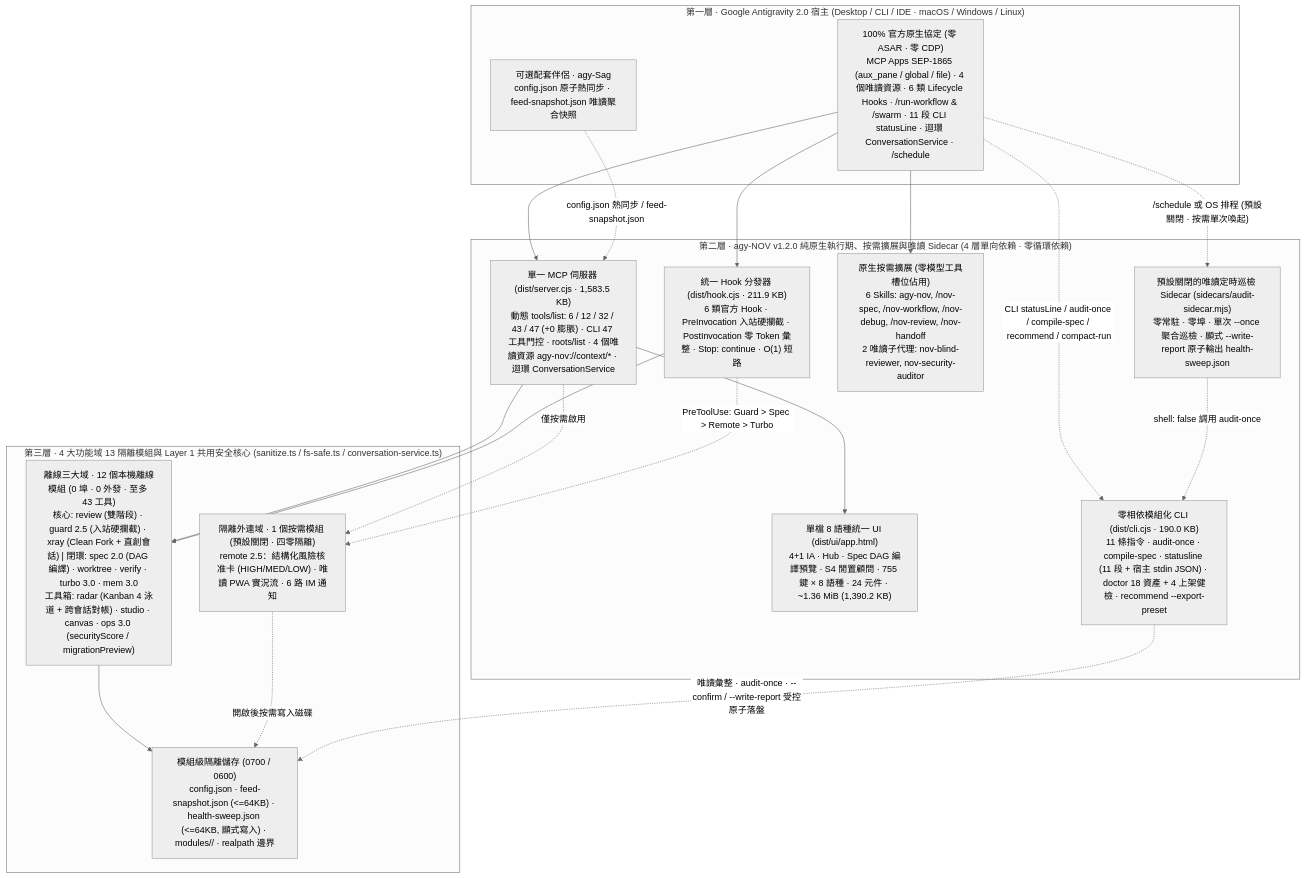
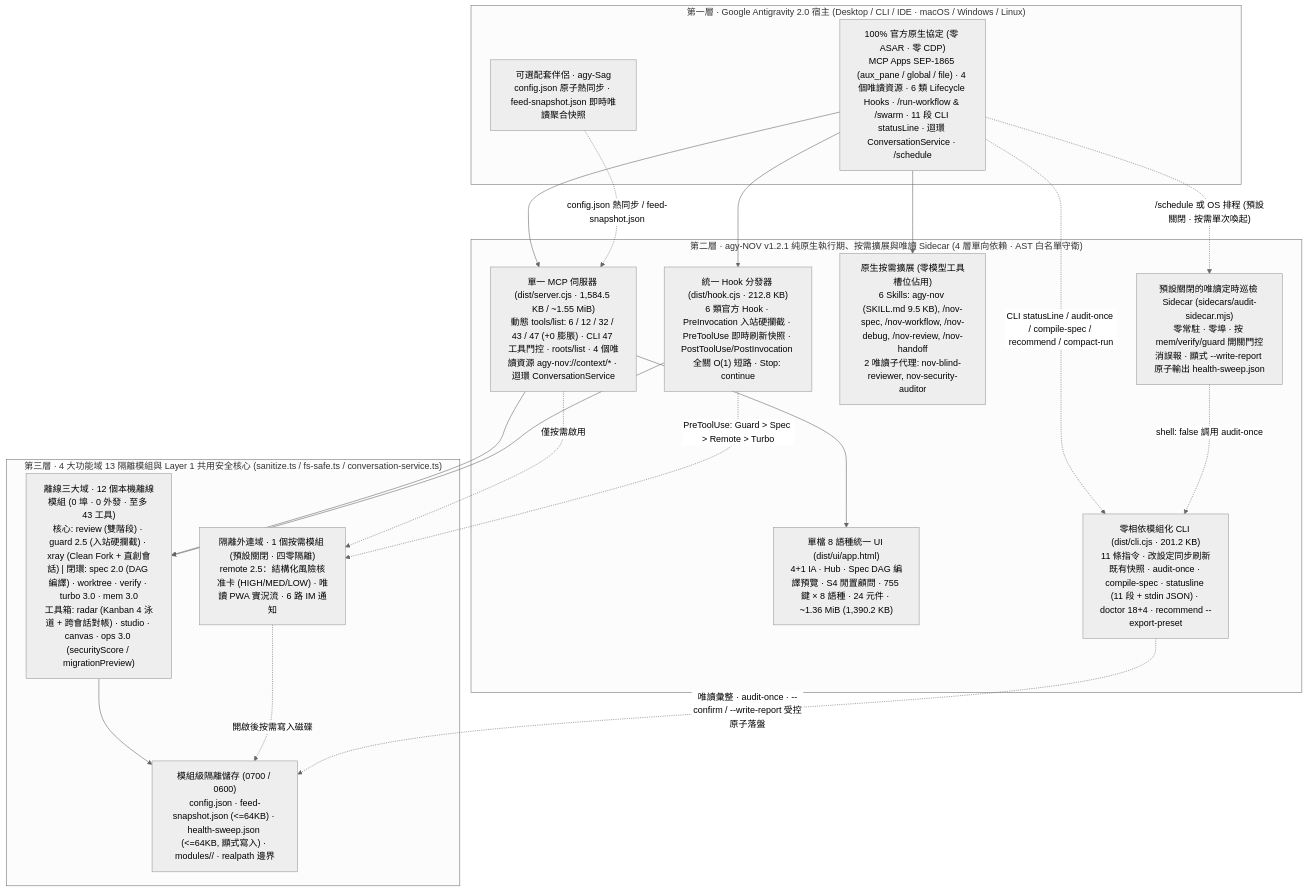
Before and after one commit to tone-leh/agy-NOV: the diagram in docs/i18n/README.zh-TW.md, drawn with Mermaid (neutral theme). The commit also changed other lines of this file and 34 other files, not shown here.

Commit message:
fix(v1.2.1): dual-star feed consistency, disabled-module write gates, sidecar toggles & SKILL slimming

````diff
--- a/docs/i18n/README.zh-TW.md
+++ b/docs/i18n/README.zh-TW.md
@@ -260,38 +268,38 @@
 ```mermaid
 flowchart TB
   subgraph L1["第一層 · Google Antigravity 2.0 宿主 (Desktop / CLI / IDE · macOS / Windows / Linux)"]
     Host["100% 官方原生協定 (零 ASAR · 零 CDP)\nMCP Apps SEP-1865 (aux_pane / global / file) · 4 個唯讀資源 · 6 類 Lifecycle Hooks · /run-workflow & /swarm · 11 段 CLI statusLine · 迴環 ConversationService · /schedule"]
-    Sag["可選配套伴侶 · agy-Sag\nconfig.json 原子熱同步 · feed-snapshot.json 唯讀聚合快照"]
+    Sag["可選配套伴侶 · agy-Sag\nconfig.json 原子熱同步 · feed-snapshot.json 即時唯讀聚合快照"]
   end
 
-  subgraph L2["第二層 · agy-NOV v1.2.0 純原生執行期、按需擴展與唯讀 Sidecar (4 層單向依賴 · 零循環依賴)"]
-    MCP["單一 MCP 伺服器 (dist/server.cjs · 1,583.5 KB)\n動態 tools/list: 6 / 12 / 32 / 43 / 47 (+0 膨脹) · CLI 47 工具門控 · roots/list · 4 個唯讀資源 agy-nov://context/* · 迴環 ConversationService"]
-    Hook["統一 Hook 分發器 (dist/hook.cjs · 211.9 KB)\n6 類官方 Hook · PreInvocation 入站硬攔截 · PostInvocation 零 Token 彙整 · Stop: continue · O(1) 短路"]
+  subgraph L2["第二層 · agy-NOV v1.2.1 純原生執行期、按需擴展與唯讀 Sidecar (4 層單向依賴 · AST 白名單守衛)"]
+    MCP["單一 MCP 伺服器 (dist/server.cjs · 1,584.5 KB / ~1.55 MiB)\n動態 tools/list: 6 / 12 / 32 / 43 / 47 (+0 膨脹) · CLI 47 工具門控 · roots/list · 4 個唯讀資源 agy-nov://context/* · 迴環 ConversationService"]
+    Hook["統一 Hook 分發器 (dist/hook.cjs · 212.8 KB)\n6 類官方 Hook · PreInvocation 入站硬攔截 · PreToolUse 即時刷新快照 · PostToolUse/PostInvocation 全關 O(1) 短路 · Stop: continue"]
     UI["單檔 8 語種統一 UI (dist/ui/app.html)\n4+1 IA · Hub · Spec DAG 編譯預覽 · S4 閒置顧問 · 755 鍵 × 8 語種 · 24 元件 · ~1.36 MiB (1,390.2 KB)"]
-    Ext["原生按需擴展 (零模型工具槽位佔用)\n6 Skills: agy-nov, /nov-spec, /nov-workflow, /nov-debug, /nov-review, /nov-handoff\n2 唯讀子代理: nov-blind-reviewer, nov-security-auditor"]
-    CLI["零相依模組化 CLI (dist/cli.cjs · 190.0 KB)\n11 條指令 · audit-once · compile-spec · statusline (11 段 + 宿主 stdin JSON) · doctor 18 資產 + 4 上架健檢 · recommend --export-preset"]
-    Sidecar["預設關閉的唯讀定時巡檢 Sidecar (sidecars/audit-sidecar.mjs)\n零常駐 · 零埠 · 單次 --once 聚合巡檢 · 顯式 --write-report 原子輸出 health-sweep.json"]
+    Ext["原生按需擴展 (零模型工具槽位佔用)\n6 Skills: agy-nov (SKILL.md 9.5 KB), /nov-spec, /nov-workflow, /nov-debug, /nov-review, /nov-handoff\n2 唯讀子代理: nov-blind-reviewer, nov-security-auditor"]
+    CLI["零相依模組化 CLI (dist/cli.cjs · 201.2 KB)\n11 條指令 · 改設定同步刷新既有快照 · audit-once · compile-spec · statusline (11 段 + stdin JSON) · doctor 18+4 · recommend --export-preset"]
+    Sidecar["預設關閉的唯讀定時巡檢 Sidecar (sidecars/audit-sidecar.mjs)\n零常駐 · 零埠 · 按 mem/verify/guard 開關門控消誤報 · 顯式 --write-report 原子輸出 health-sweep.json"]
   end
 
   subgraph L3["第三層 · 4 大功能域 13 隔離模組與 Layer 1 共用安全核心 (sanitize.ts / fs-safe.ts / conversation-service.ts)"]
     T1["離線三大域 · 12 個本機離線模組 (0 埠 · 0 外發 · 至多 43 工具)\n核心: review (雙階段) · guard 2.5 (入站硬攔截) · xray (Clean Fork + 直創會話) | 閉環: spec 2.0 (DAG 編譯) · worktree · verify · turbo 3.0 · mem 3.0\n工具箱: radar (Kanban 4 泳道 + 跨會話對帳) · studio · canvas · ops 3.0 (securityScore / migrationPreview)"]
     T2R["隔離外連域 · 1 個按需模組 (預設關閉 · 四零隔離)\nremote 2.5：結構化風險核准卡 (HIGH/MED/LOW) · 唯讀 PWA 實況流 · 6 路 IM 通知"]
     Store["模組級隔離儲存 (0700 / 0600)\nconfig.json · feed-snapshot.json (<=64KB) · health-sweep.json (<=64KB, 顯式寫入) · modules/<id>/ · realpath 邊界"]
   end
 
   Host --> MCP
   Host --> Hook
   Host --> Ext
   Host -. "CLI statusLine / audit-once / compile-spec / recommend / compact-run" .-> CLI
   Host -. "/schedule 或 OS 排程 (預設關閉 · 按需單次喚起)" .-> Sidecar
   Sidecar -. "shell: false 調用 audit-once" .-> CLI
   Sag -. "config.json 熱同步 / feed-snapshot.json" .-> MCP
   MCP --> UI
   MCP --> T1
   MCP -. "僅按需啟用" .-> T2R
   Hook --> T1
   Hook -. "PreToolUse: Guard > Spec > Remote > Turbo" .-> T2R
   T1 --> Store
   T2R -. "開啟後按需寫入磁碟" .-> Store
   CLI -. "唯讀彙整 · audit-once · --confirm / --write-report 受控原子落盤" .-> Store
 ```
````
